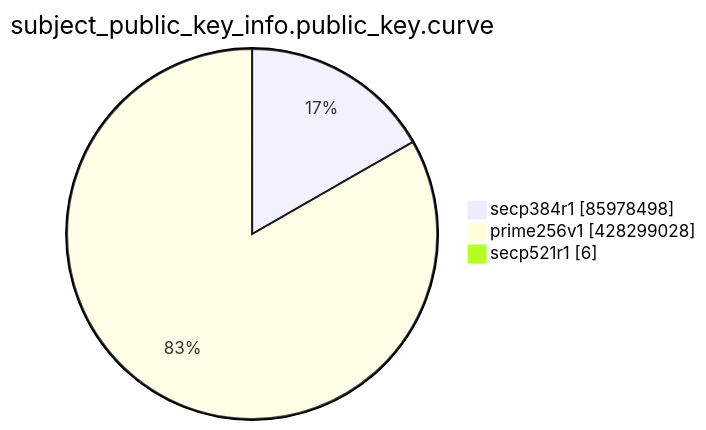
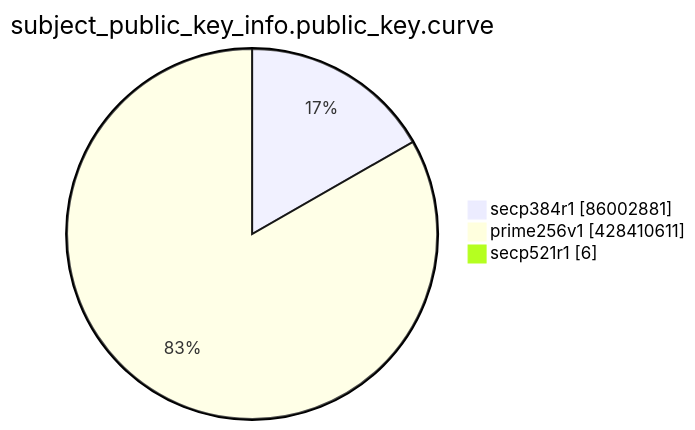
Before and after one commit to christiankrug/ctmonitor_visualization: the eighth of 15 diagrams in TOTAL/README.md, drawn with Mermaid. The commit also changed other lines of this file, not shown here.

````diff
--- a/TOTAL/README.md
+++ b/TOTAL/README.md
@@ -3100,7 +3100,7 @@
 ```mermaid
 pie showData
 title subject_public_key_info.public_key.curve
-"secp384r1" :85978498
-"prime256v1" :428299028
+"secp384r1" :86002881
+"prime256v1" :428410611
 "secp521r1" :6
 ```
````
